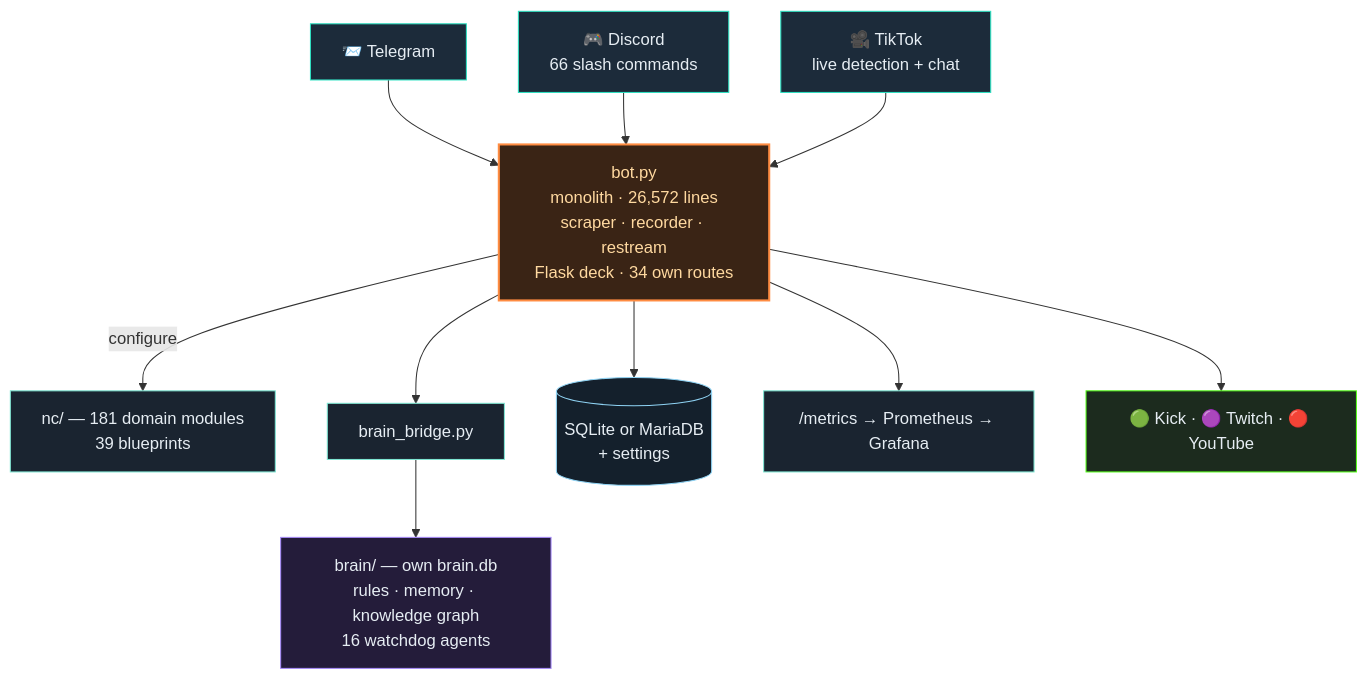
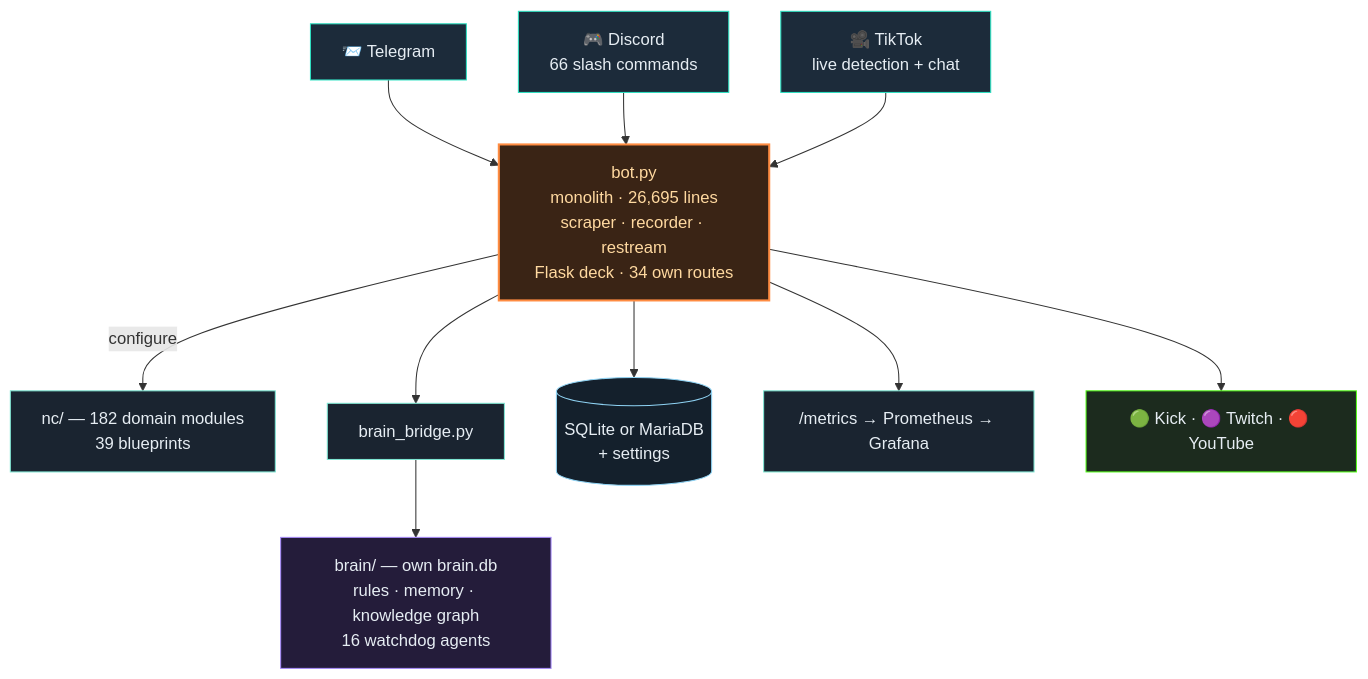
One commit to itsamemedev/Telegram-Stream-Info-Bot changed the second of 3 diagrams in README.en.md. Above: the diagram before and after it, drawn with Mermaid. The commit also changed other lines of this file and 13 other files, not shown here.

````diff
--- a/README.en.md
+++ b/README.en.md
@@ -119,19 +119,19 @@
 ```mermaid
 flowchart TB
     TG["📨 Telegram"]:::ein --> BOT
     DC["🎮 Discord<br/>66 slash commands"]:::ein --> BOT
     TT["🎥 TikTok<br/>live detection + chat"]:::ein --> BOT
-    BOT["bot.py<br/>monolith · 26,572 lines<br/>scraper · recorder · restream<br/>Flask deck · 34 own routes"]:::core
-    BOT -->|configure| NC["nc/ — 181 domain modules<br/>39 blueprints"]:::lib
+    BOT["bot.py<br/>monolith · 26,695 lines<br/>scraper · recorder · restream<br/>Flask deck · 34 own routes"]:::core
+    BOT -->|configure| NC["nc/ — 182 domain modules<br/>39 blueprints"]:::lib
     BOT --> BR["brain_bridge.py"]:::lib
     BR --> BRAIN["brain/ — own brain.db<br/>rules · memory · knowledge graph<br/>16 watchdog agents"]:::brain
     BOT --> DB[("SQLite or MariaDB<br/>+ settings")]:::db
     BOT --> PROM["/metrics → Prometheus → Grafana"]:::lib
     BOT --> OUT["🟢 Kick · 🟣 Twitch · 🔴 YouTube"]:::out
     classDef ein fill:#1c2b3a,stroke:#2de1c2,color:#e6edf3
     classDef core fill:#3a2415,stroke:#ff8c42,stroke-width:2px,color:#ffd9a0
     classDef lib fill:#1a2430,stroke:#7fe7d4,color:#e6edf3
     classDef brain fill:#241c3a,stroke:#a78bfa,color:#e6edf3
     classDef db fill:#14202c,stroke:#8fd3f4,color:#e6edf3
     classDef out fill:#1c2b1e,stroke:#53fc18,color:#e6edf3
 ```
````
